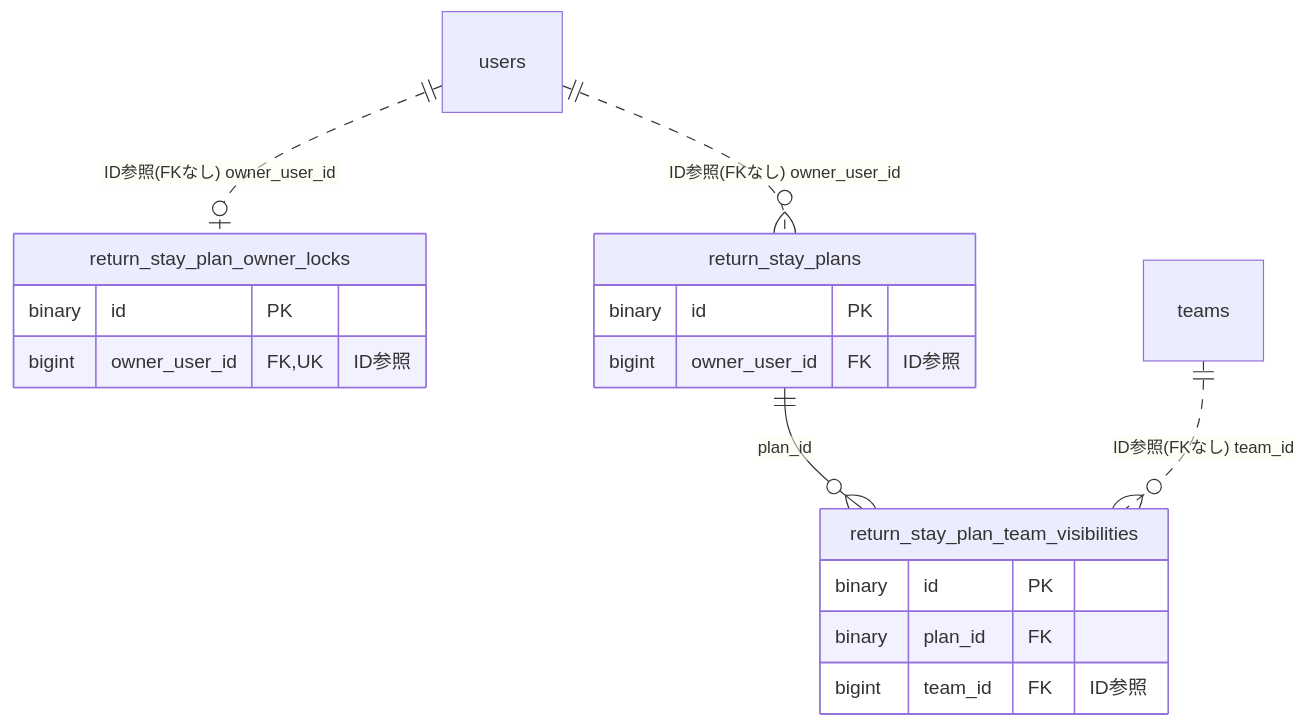
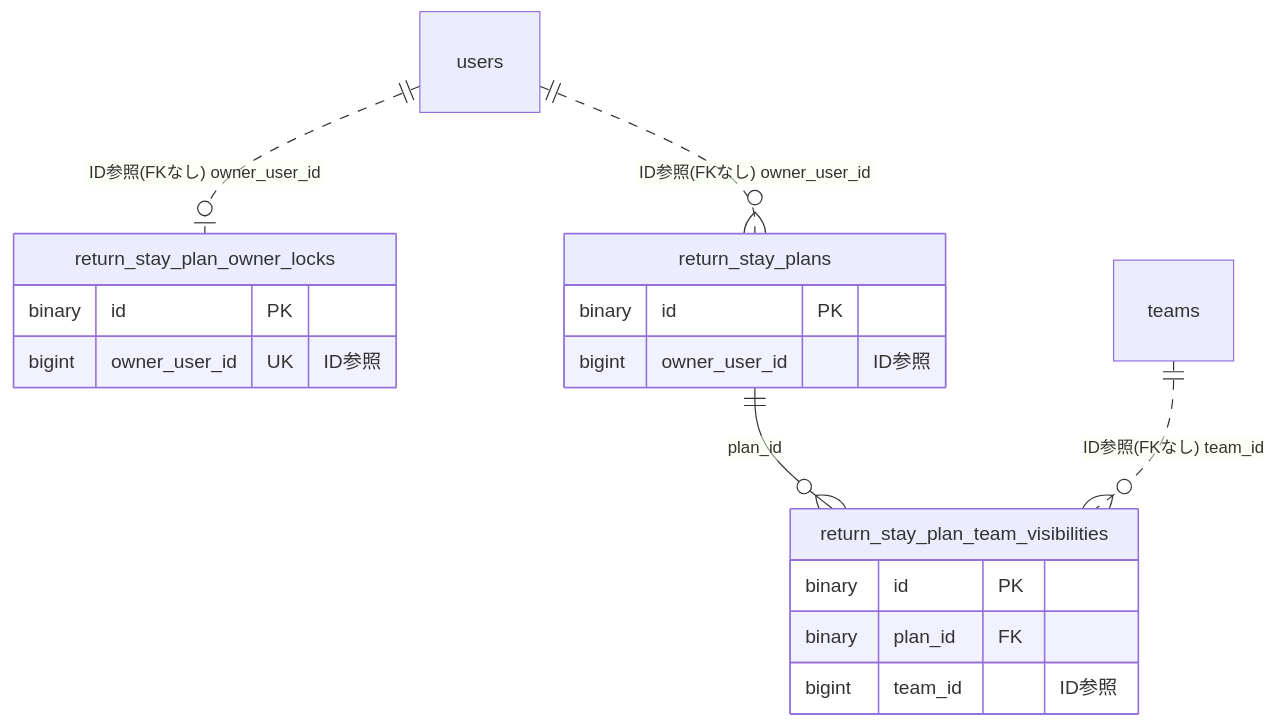
The diagram in docs/architecture/er/returnstayplan.md (kenta-0420/mannschaft), drawn with Mermaid before and after one commit. The commit also changed other lines of this file and 115 other files, not shown here.

Commit message:
改善: ER図のFKマーカーを実FKのみに限定し、被参照の逆引き節とREADME凡例を追加 (PR #4268)

````diff
--- a/docs/architecture/er/returnstayplan.md
+++ b/docs/architecture/er/returnstayplan.md
@@ -12,22 +12,22 @@
 ```mermaid
 erDiagram
     return_stay_plan_owner_locks {
         binary id PK
-        bigint owner_user_id FK, UK "ID参照"
+        bigint owner_user_id UK "ID参照"
     }
     return_stay_plan_team_visibilities {
         binary id PK
         binary plan_id FK
-        bigint team_id FK "ID参照"
+        bigint team_id "ID参照"
     }
     return_stay_plans {
         binary id PK
-        bigint owner_user_id FK "ID参照"
+        bigint owner_user_id "ID参照"
     }
     teams
     users
     users ||..o| return_stay_plan_owner_locks : "ID参照(FKなし) owner_user_id"
     return_stay_plans ||--o{ return_stay_plan_team_visibilities : "plan_id"
     teams ||..o{ return_stay_plan_team_visibilities : "ID参照(FKなし) team_id"
     users ||..o{ return_stay_plans : "ID参照(FKなし) owner_user_id"
 ```
````
